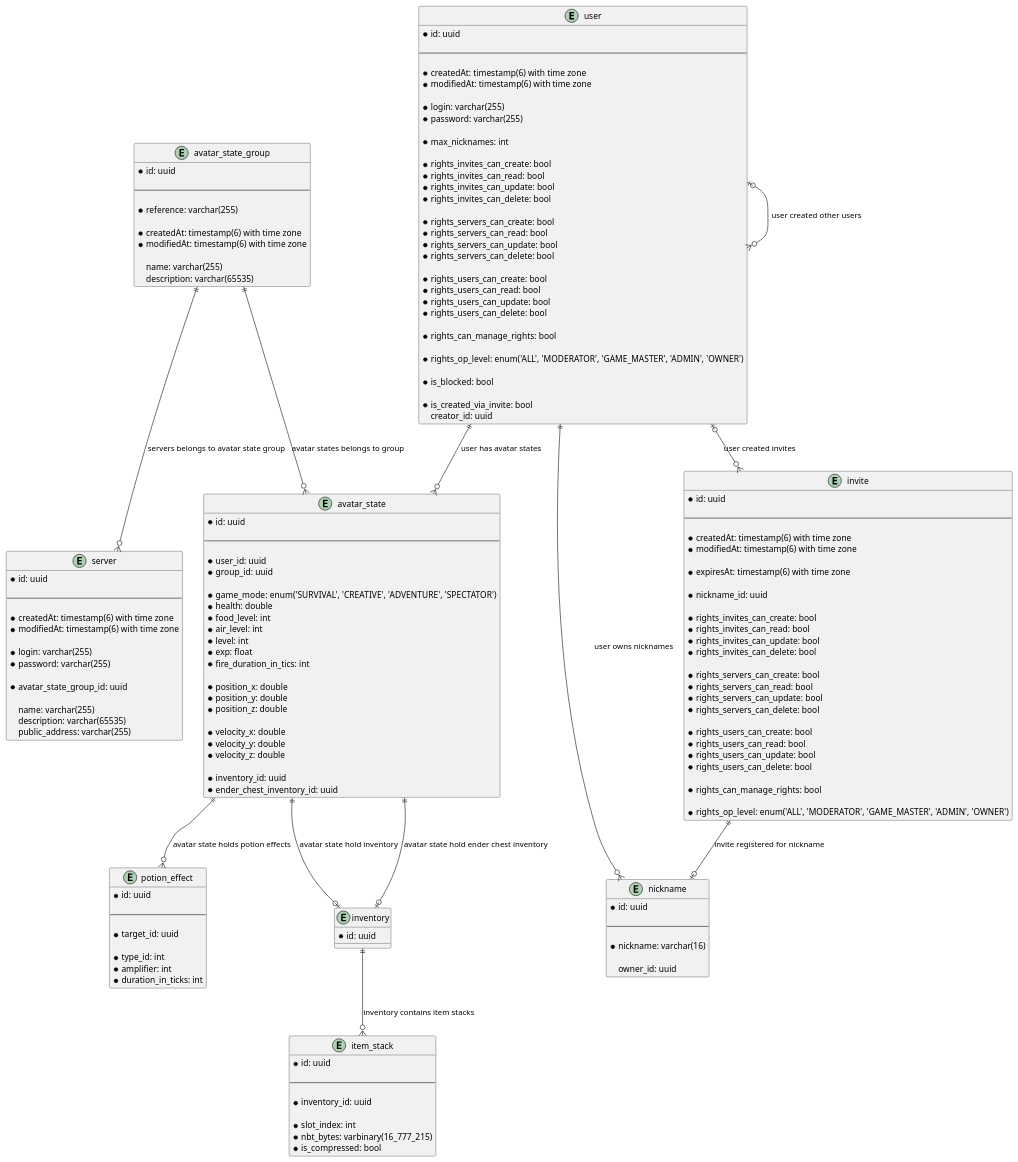
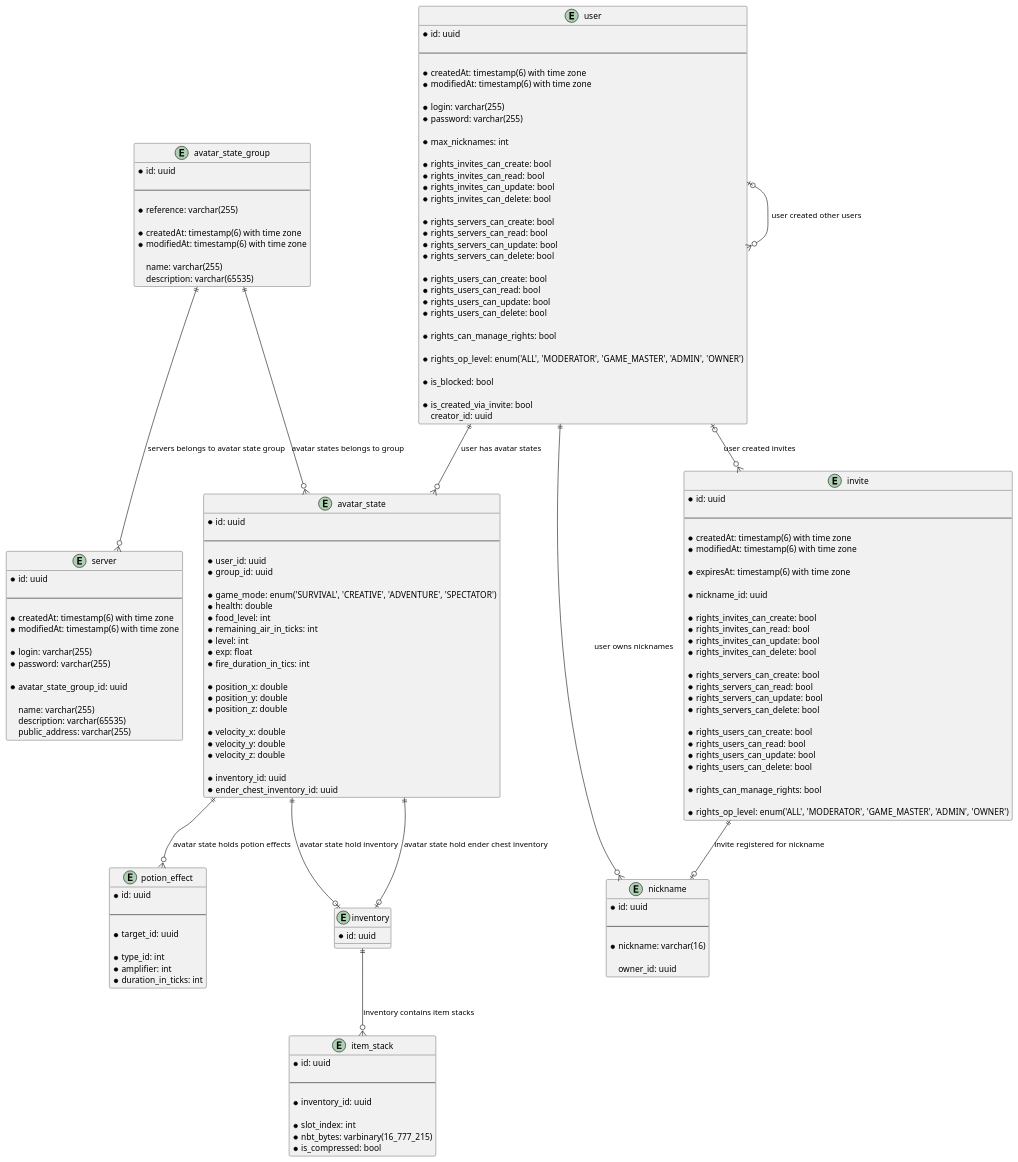
One commit to Maksim2498/poms changed the diagram in server/docs/db.puml. Above: the diagram before and after it, drawn with PlantUML. The commit also changed 10 other files, not shown here.

Commit message:
Updated model: - Added @OnDelete annotations; - Added more @ColumnDefault annotations; - Fixed invalid comments; - Made some formatting; - Updated ER-diagram

```diff
--- a/server/docs/db.puml
+++ b/server/docs/db.puml
@@ -1,187 +1,187 @@
 @startuml
 
 entity avatar_state {
     * id: uuid
 
     --
 
     * user_id: uuid
     * group_id: uuid
 
     * game_mode: enum('SURVIVAL', 'CREATIVE', 'ADVENTURE', 'SPECTATOR')
     * health: double
     * food_level: int
-    * air_level: int
+    * remaining_air_in_ticks: int
     * level: int
     * exp: float
     * fire_duration_in_tics: int
 
     * position_x: double
     * position_y: double
     * position_z: double
 
     * velocity_x: double
     * velocity_y: double
     * velocity_z: double
 
     * inventory_id: uuid
     * ender_chest_inventory_id: uuid
 }
 
 entity avatar_state_group {
     * id: uuid
 
     --
 
     * reference: varchar(255)
 
     * createdAt: timestamp(6) with time zone
     * modifiedAt: timestamp(6) with time zone
 
     name: varchar(255)
     description: varchar(65535)
 }
 
 entity inventory {
     * id: uuid
 }
 
 entity invite {
     * id: uuid
 
     --
 
     * createdAt: timestamp(6) with time zone
     * modifiedAt: timestamp(6) with time zone
 
     * expiresAt: timestamp(6) with time zone
 
     * nickname_id: uuid
 
     * rights_invites_can_create: bool
     * rights_invites_can_read: bool
     * rights_invites_can_update: bool
     * rights_invites_can_delete: bool
 
     * rights_servers_can_create: bool
     * rights_servers_can_read: bool
     * rights_servers_can_update: bool
     * rights_servers_can_delete: bool
 
     * rights_users_can_create: bool
     * rights_users_can_read: bool
     * rights_users_can_update: bool
     * rights_users_can_delete: bool
 
     * rights_can_manage_rights: bool
 
     * rights_op_level: enum('ALL', 'MODERATOR', 'GAME_MASTER', 'ADMIN', 'OWNER')
 }
 
 entity item_stack {
     * id: uuid
 
     --
 
     * inventory_id: uuid
 
     * slot_index: int
     * nbt_bytes: varbinary(16_777_215)
     * is_compressed: bool
 }
 
 entity nickname {
     * id: uuid
 
     --
 
     * nickname: varchar(16)
 
     owner_id: uuid
 }
 
 entity potion_effect {
     * id: uuid
 
     --
 
     * target_id: uuid
 
     * type_id: int
     * amplifier: int
     * duration_in_ticks: int
 }
 
 entity server {
     * id: uuid
 
     --
 
     * createdAt: timestamp(6) with time zone
     * modifiedAt: timestamp(6) with time zone
 
     * login: varchar(255)
     * password: varchar(255)
 
     * avatar_state_group_id: uuid
 
     name: varchar(255)
     description: varchar(65535)
     public_address: varchar(255)
 }
 
 entity user {
     * id: uuid
 
     --
 
     * createdAt: timestamp(6) with time zone
     * modifiedAt: timestamp(6) with time zone
 
     * login: varchar(255)
     * password: varchar(255)
 
     * max_nicknames: int
 
     * rights_invites_can_create: bool
     * rights_invites_can_read: bool
     * rights_invites_can_update: bool
     * rights_invites_can_delete: bool
 
     * rights_servers_can_create: bool
     * rights_servers_can_read: bool
     * rights_servers_can_update: bool
     * rights_servers_can_delete: bool
 
     * rights_users_can_create: bool
     * rights_users_can_read: bool
     * rights_users_can_update: bool
     * rights_users_can_delete: bool
 
     * rights_can_manage_rights: bool
 
     * rights_op_level: enum('ALL', 'MODERATOR', 'GAME_MASTER', 'ADMIN', 'OWNER')
 
     * is_blocked: bool
 
     * is_created_via_invite: bool
     creator_id: uuid
 }
 
 user |o--o{ user : user created other users
 user ||--o{ nickname : user owns nicknames
 user |o--o{ invite : user created invites
 user ||--o{ avatar_state : user has avatar states
 
 avatar_state_group ||--o{ avatar_state : avatar states belongs to group
 avatar_state_group ||--o{ server : servers belongs to avatar state group
 
 avatar_state ||--o{ potion_effect : avatar state holds potion effects
 avatar_state ||--o| inventory : avatar state hold inventory
 avatar_state ||--o| inventory : avatar state hold ender chest inventory
 
 inventory ||--o{ item_stack : inventory contains item stacks
 
 invite ||--o| nickname : invite registered for nickname
 
 @enduml
```
